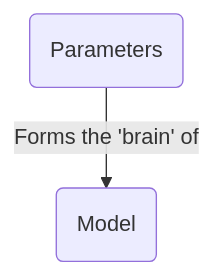
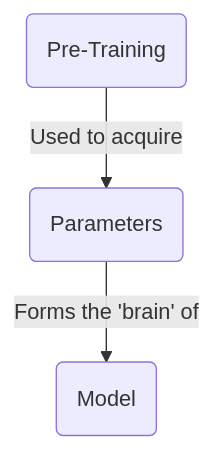
The first of 7 diagrams in examples/ai-engineer-roadmap/01-what-is-an-llm/article.md (zxkevinxz/ai-hero), drawn with Mermaid before and after one commit. The commit also changed other lines of this file and 4 other files, not shown here.

````diff
--- a/examples/ai-engineer-roadmap/01-what-is-an-llm/article.md
+++ b/examples/ai-engineer-roadmap/01-what-is-an-llm/article.md
@@ -30,7 +11,9 @@
 ```mermaid
 flowchart
+  PR(Pre-Training)
   P(Parameters)
   M(Model)
 
-  P -- Forms the 'brain' of --> M
+  P -- "Forms the 'brain' of" --> M
+  PR -- "Used to acquire" --> P
 ```
````
